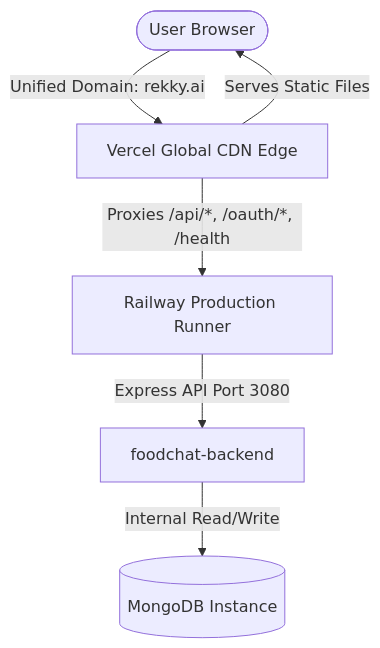
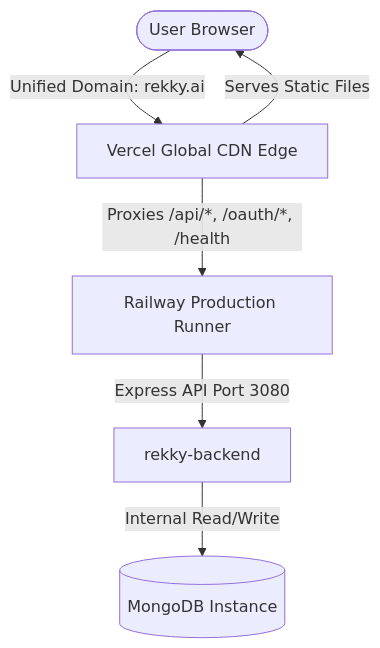
Before and after one commit to sahilvermadev/foodchat: the diagram in DEPLOYMENT.md, drawn with Mermaid. The commit also changed other lines of this file and 10 other files, not shown here.

````diff
--- a/DEPLOYMENT.md
+++ b/DEPLOYMENT.md
@@ -19,8 +19,8 @@
 ```mermaid
 graph TD
     User([User Browser]) -->|Unified Domain: rekky.ai| Vercel[Vercel Global CDN Edge]
     Vercel -->|Serves Static Files| User
     Vercel -->|Proxies /api/*, /oauth/*, /health| Railway[Railway Production Runner]
-    Railway -->|Express API Port 3080| Backend[foodchat-backend]
+    Railway -->|Express API Port 3080| Backend[rekky-backend]
     Backend -->|Internal Read/Write| Mongo[(MongoDB Instance)]
 ```
````
